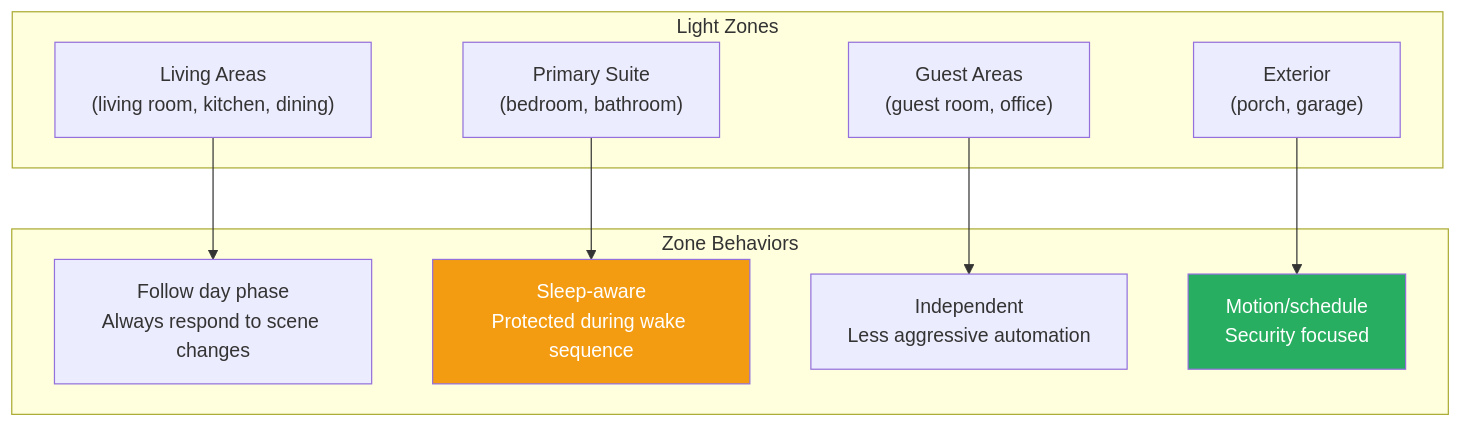
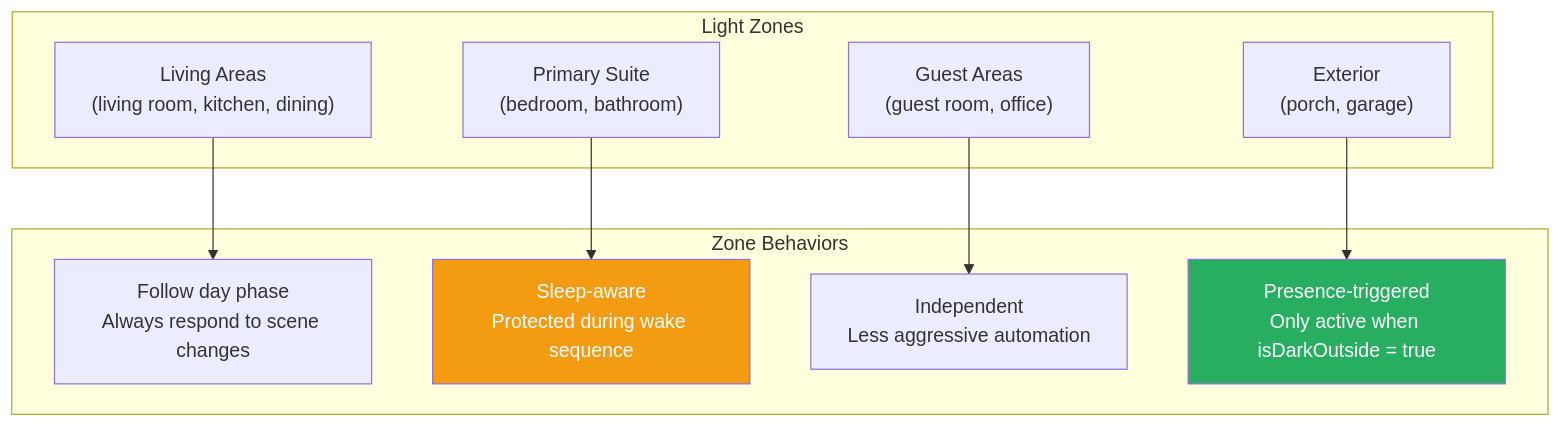
One commit to NickBorgers/home-automation changed the third of 7 diagrams in docs/flows/LIGHTING_CONTROL.md. Above: the diagram before and after it, drawn with Mermaid. The commit also changed 1 other file, not shown here.

Commit message:
docs: fix diagram gaps flagged by docs review
Add the missing DarkOutside → Lighting dependency edge in the State
Variable Dependency Graph, and update the exterior zone behavior label
to reflect the isDarkOutside priority-0 guard added in this PR.

````diff
--- a/docs/flows/LIGHTING_CONTROL.md
+++ b/docs/flows/LIGHTING_CONTROL.md
@@ -119,24 +119,24 @@
 ```mermaid
 flowchart TD
     subgraph Zones["Light Zones"]
         living["Living Areas<br/>(living room, kitchen, dining)"]
         master["Primary Suite<br/>(bedroom, bathroom)"]
         guest["Guest Areas<br/>(guest room, office)"]
         exterior["Exterior<br/>(porch, garage)"]
     end
 
     subgraph Behaviors["Zone Behaviors"]
         livingBehavior["Follow day phase<br/>Always respond to scene changes"]
         masterBehavior["Sleep-aware<br/>Protected during wake sequence"]
         guestBehavior["Independent<br/>Less aggressive automation"]
-        exteriorBehavior["Motion/schedule<br/>Security focused"]
+        exteriorBehavior["Presence-triggered<br/>Only active when isDarkOutside = true"]
     end
 
     living --> livingBehavior
     master --> masterBehavior
     guest --> guestBehavior
     exterior --> exteriorBehavior
 
     style masterBehavior fill:#f39c12,color:#fff
     style exteriorBehavior fill:#27ae60,color:#fff
 ```
````
